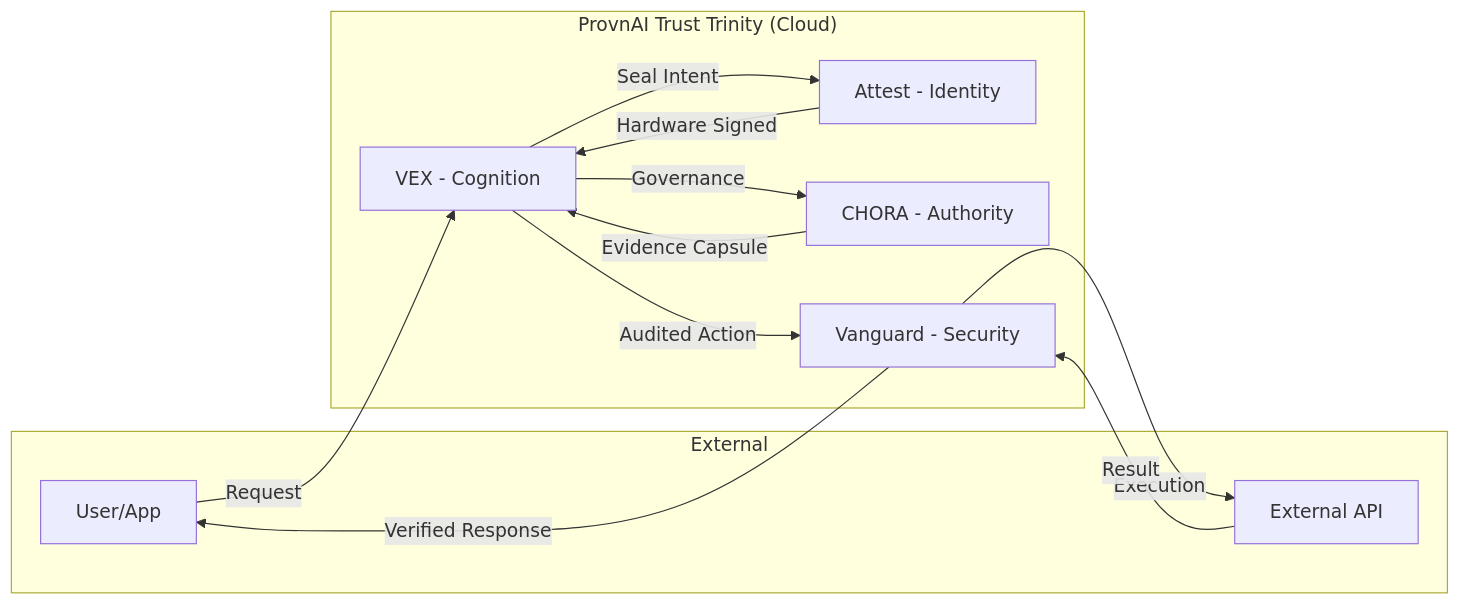
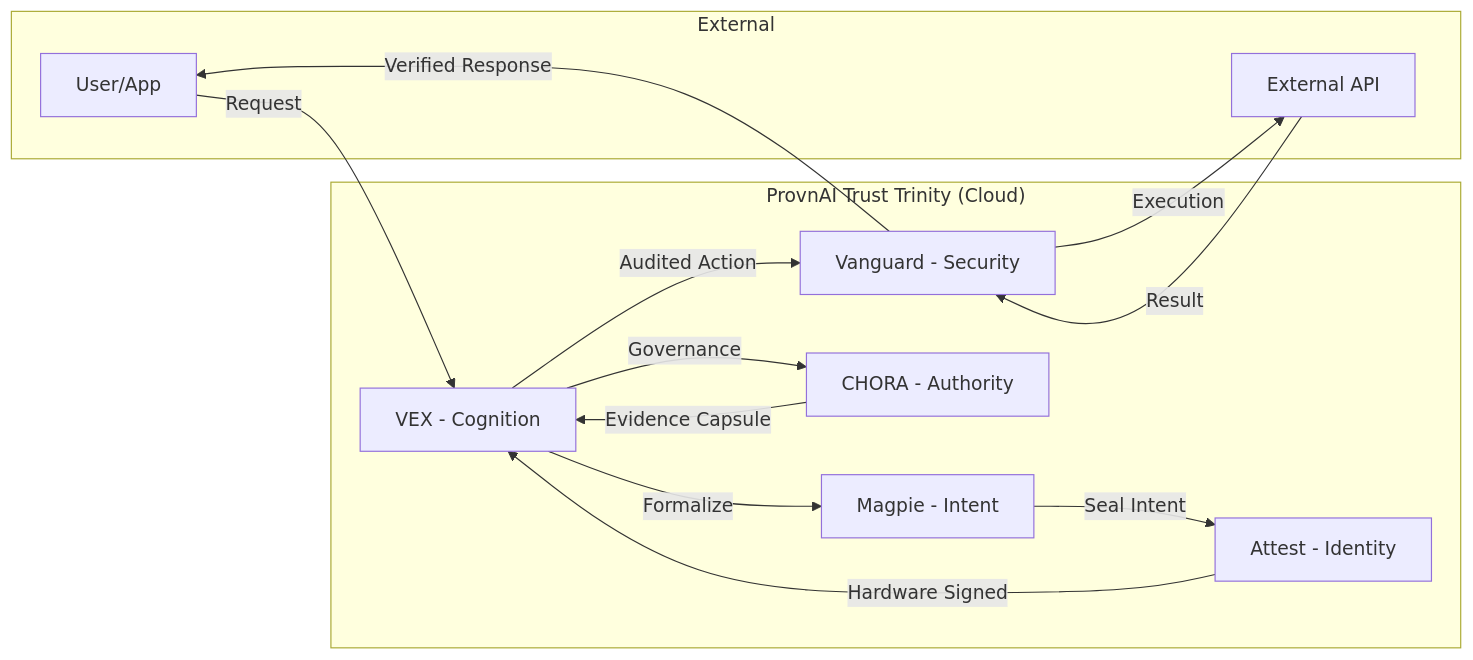
The first of 2 diagrams in README.md (provnai/vex), drawn with Mermaid before and after one commit. The commit also changed other lines of this file and 16 other files, not shown here.

````diff
--- a/README.md
+++ b/README.md
@@ -177,24 +177,26 @@
 ```mermaid
 graph LR
     subgraph "External"
         U[User/App]
         T[External API]
     end
 
     subgraph "ProvnAI Trust Trinity (Cloud)"
         V[VEX - Cognition]
+        M[Magpie - Intent]
         A[Attest - Identity]
         C[CHORA - Authority]
         G[Vanguard - Security]
     end
 
     U -->|Request| V
-    V -->|Seal Intent| A
+    V -->|Formalize| M
+    M -->|Seal Intent| A
     A -->|Hardware Signed| V
     V -->|Governance| C
     C -->|Evidence Capsule| V
     V -->|Audited Action| G
     G -->|Execution| T
     T -->|Result| G
     G -->|Verified Response| U
 ```
````
